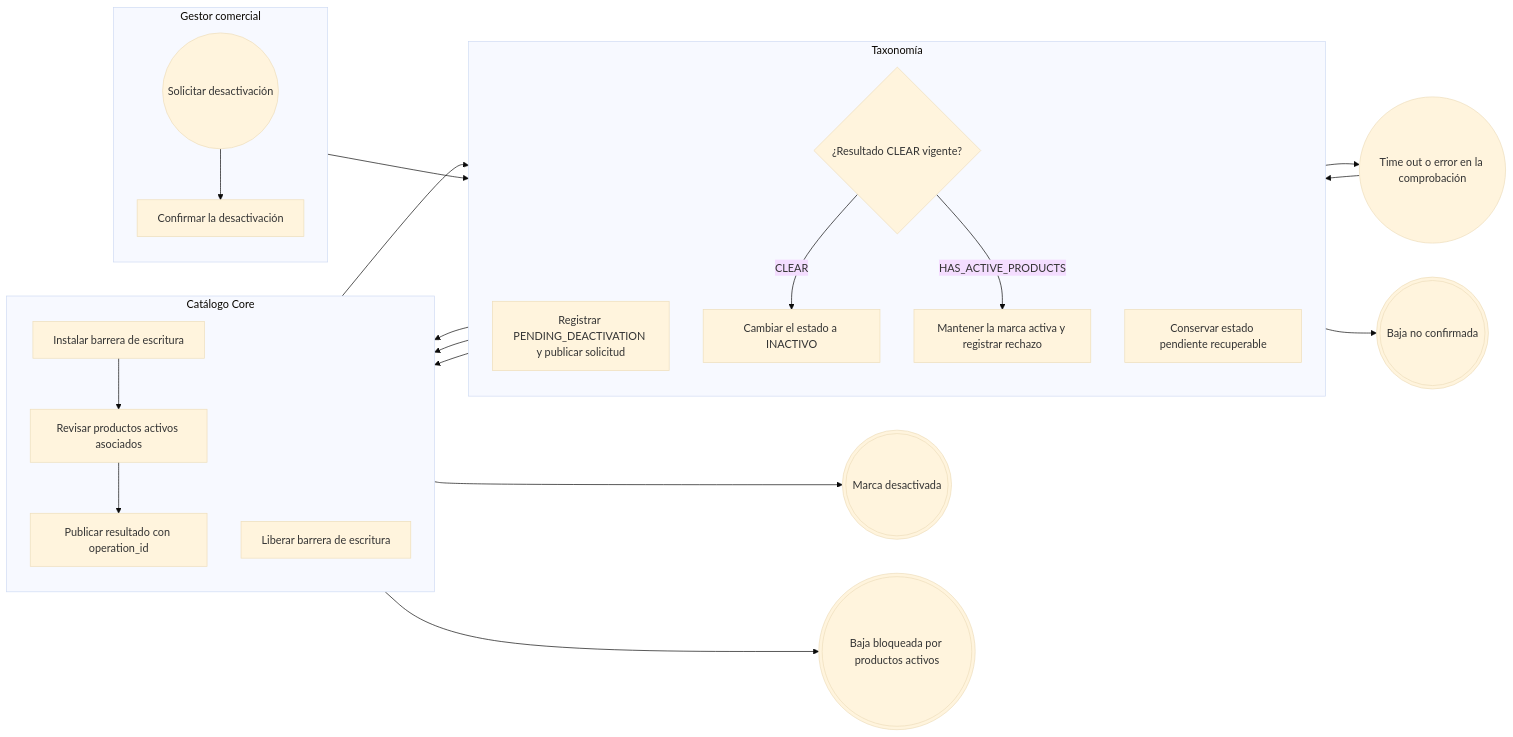
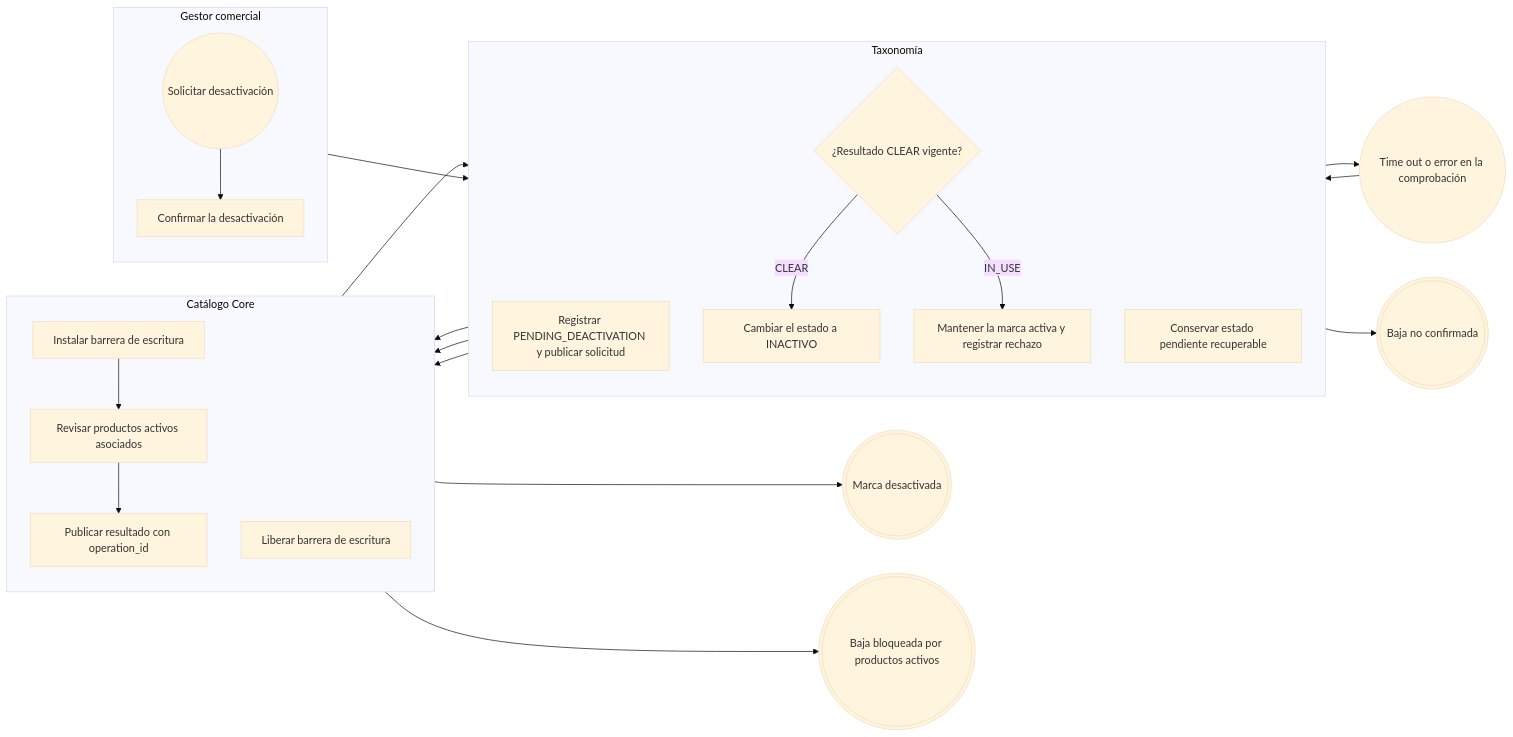
Before and after one commit to Taller-SW-Web/G6-Productos-Ofertas-docs: the third of 5 diagrams in requisitos/flujos/FLOW-011-gestion-marcas.md, drawn with Mermaid (base theme). The commit also changed other lines of this file and 25 other files, not shown here.

````diff
--- a/requisitos/flujos/FLOW-011-gestion-marcas.md
+++ b/requisitos/flujos/FLOW-011-gestion-marcas.md
@@ -118,46 +118,46 @@
 ```mermaid
 flowchart LR
 
     subgraph GESTOR["Gestor comercial"]
         direction TB
         INICIO((Solicitar desactivación))
         G1["Confirmar la desactivación"]
     end
 
     subgraph TAXONOMIA["Taxonomía"]
         direction TB
         T1["Registrar PENDING_DEACTIVATION y publicar solicitud"]
         D2{"¿Resultado CLEAR vigente?"}
         T2["Cambiar el estado a INACTIVO"]
         T3["Mantener la marca activa y registrar rechazo"]
         T4["Conservar estado pendiente recuperable"]
     end
 
     subgraph CATALOGO["Catálogo Core"]
         direction TB
         C1["Instalar barrera de escritura"]
         C2["Revisar productos activos asociados"]
         C3["Publicar resultado con operation_id"]
         C4["Liberar barrera de escritura"]
     end
 
     FIN_DESACTIVADA(((Marca desactivada)))
     FIN_BLOQUEADA(((Baja bloqueada por productos activos)))
     FIN_PENDIENTE(((Baja no confirmada)))
 
     INICIO --> G1
     G1 --> T1
     T1 --> C1
     C1 --> C2
     C2 --> C3
     C3 --> D2
     D2 -->|"CLEAR"| T2
     T2 --> C4
     C4 --> FIN_DESACTIVADA
-    D2 -->|"HAS_ACTIVE_PRODUCTS"| T3
+    D2 -->|"IN_USE"| T3
     T3 --> C4
     C4 --> FIN_BLOQUEADA
     T1 --> E1(("Time out o error en la comprobación"))
     E1 --> T4
     T4 --> FIN_PENDIENTE
 ```
````
